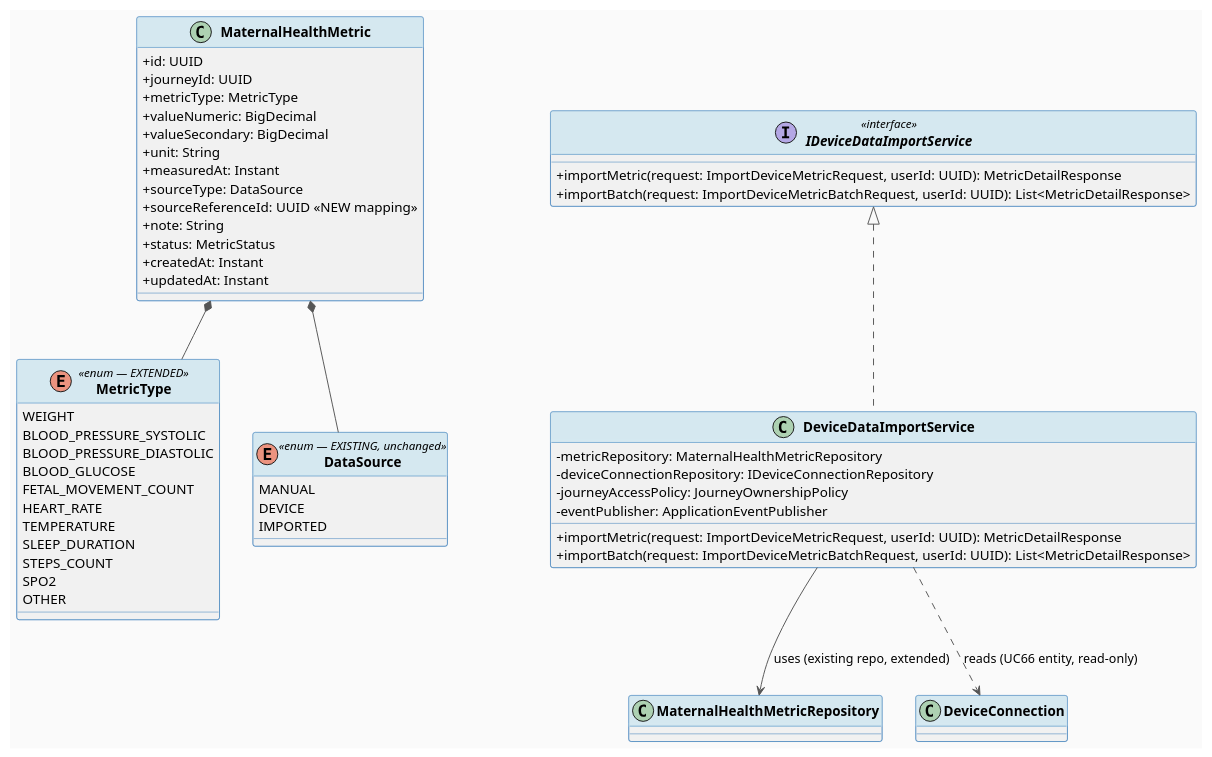
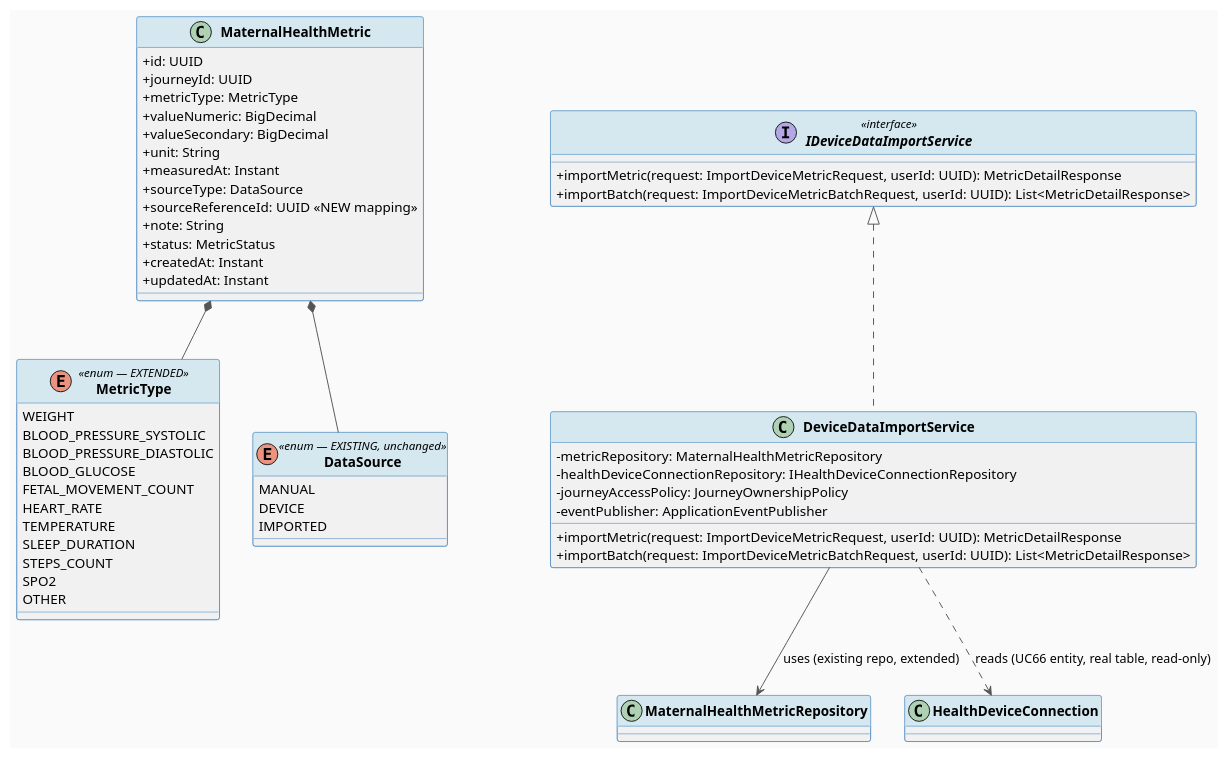
One commit to ChuongBDHE172784/CareBridge_SEP490_G79 changed the first of 4 diagrams in 04_Implement/UC67_ImportDeviceDataManually/UC67_ImportDeviceDataManually_TDS.md. Above: the diagram before and after it, drawn with PlantUML. The commit also changed other lines of this file and 95 other files, not shown here.

````diff
--- a/04_Implement/UC67_ImportDeviceDataManually/UC67_ImportDeviceDataManually_TDS.md
+++ b/04_Implement/UC67_ImportDeviceDataManually/UC67_ImportDeviceDataManually_TDS.md
@@ -205,68 +206,68 @@
 ```plantuml
 @startuml UC67_ClassDiagram
 skinparam classAttributeIconSize 0
 skinparam classFontStyle bold
 skinparam backgroundColor #FAFAFA
 skinparam ArrowColor #555555
 skinparam ClassBorderColor #2E75B6
 skinparam ClassHeaderBackgroundColor #D5E8F0
 
 ' === EXISTING ENTITY (extended) ===
 class MaternalHealthMetric {
   + id: UUID
   + journeyId: UUID
   + metricType: MetricType
   + valueNumeric: BigDecimal
   + valueSecondary: BigDecimal
   + unit: String
   + measuredAt: Instant
   + sourceType: DataSource
   + sourceReferenceId: UUID <<NEW mapping>>
   + note: String
   + status: MetricStatus
   + createdAt: Instant
   + updatedAt: Instant
 }
 
 enum MetricType <<enum — EXTENDED>> {
   WEIGHT
   BLOOD_PRESSURE_SYSTOLIC
   BLOOD_PRESSURE_DIASTOLIC
   BLOOD_GLUCOSE
   FETAL_MOVEMENT_COUNT
   HEART_RATE
   TEMPERATURE
   SLEEP_DURATION
   STEPS_COUNT
   SPO2
   OTHER
 }
 
 enum DataSource <<enum — EXISTING, unchanged>> {
   MANUAL
   DEVICE
   IMPORTED
 }
 
 ' === SERVICES ===
 interface IDeviceDataImportService <<interface>> {
   + importMetric(request: ImportDeviceMetricRequest, userId: UUID): MetricDetailResponse
   + importBatch(request: ImportDeviceMetricBatchRequest, userId: UUID): List<MetricDetailResponse>
 }
 
 class DeviceDataImportService implements IDeviceDataImportService {
   - metricRepository: MaternalHealthMetricRepository
-  - deviceConnectionRepository: IDeviceConnectionRepository
+  - healthDeviceConnectionRepository: IHealthDeviceConnectionRepository
   - journeyAccessPolicy: JourneyOwnershipPolicy
   - eventPublisher: ApplicationEventPublisher
   + importMetric(request: ImportDeviceMetricRequest, userId: UUID): MetricDetailResponse
   + importBatch(request: ImportDeviceMetricBatchRequest, userId: UUID): List<MetricDetailResponse>
 }
 
 DeviceDataImportService --> MaternalHealthMetricRepository : uses (existing repo, extended)
-DeviceDataImportService ..> DeviceConnection : reads (UC66 entity, read-only)
+DeviceDataImportService ..> HealthDeviceConnection : reads (UC66 entity, real table, read-only)
 MaternalHealthMetric *-- MetricType
 MaternalHealthMetric *-- DataSource
 
 @enduml
 ```
````
